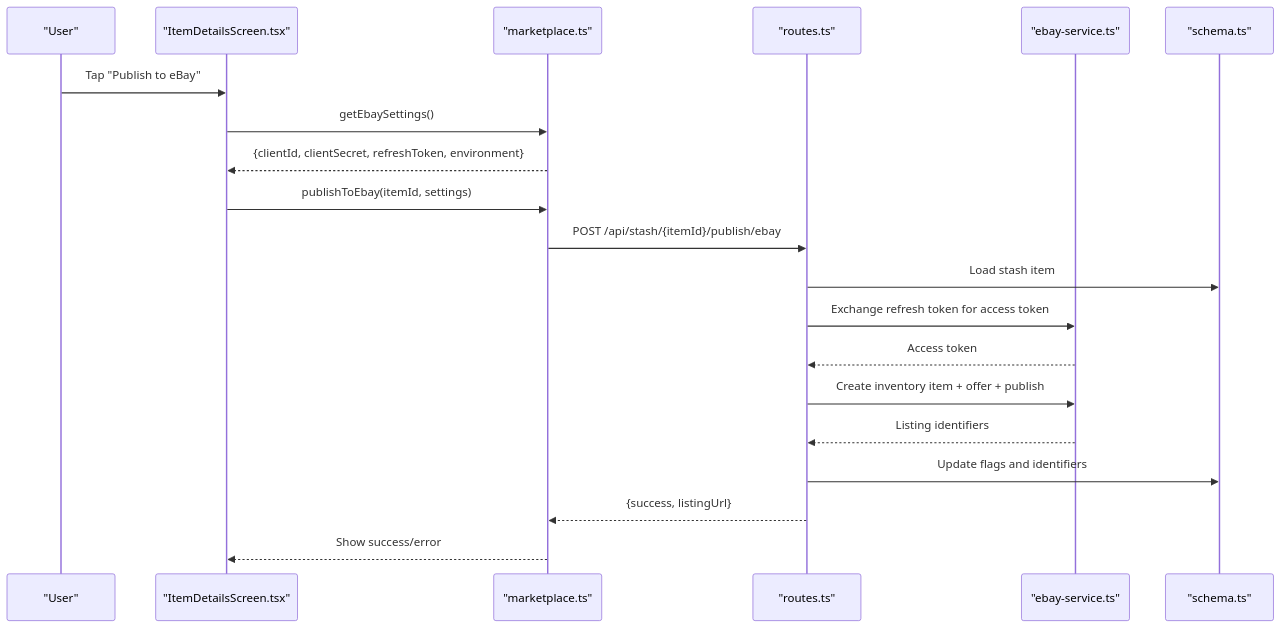
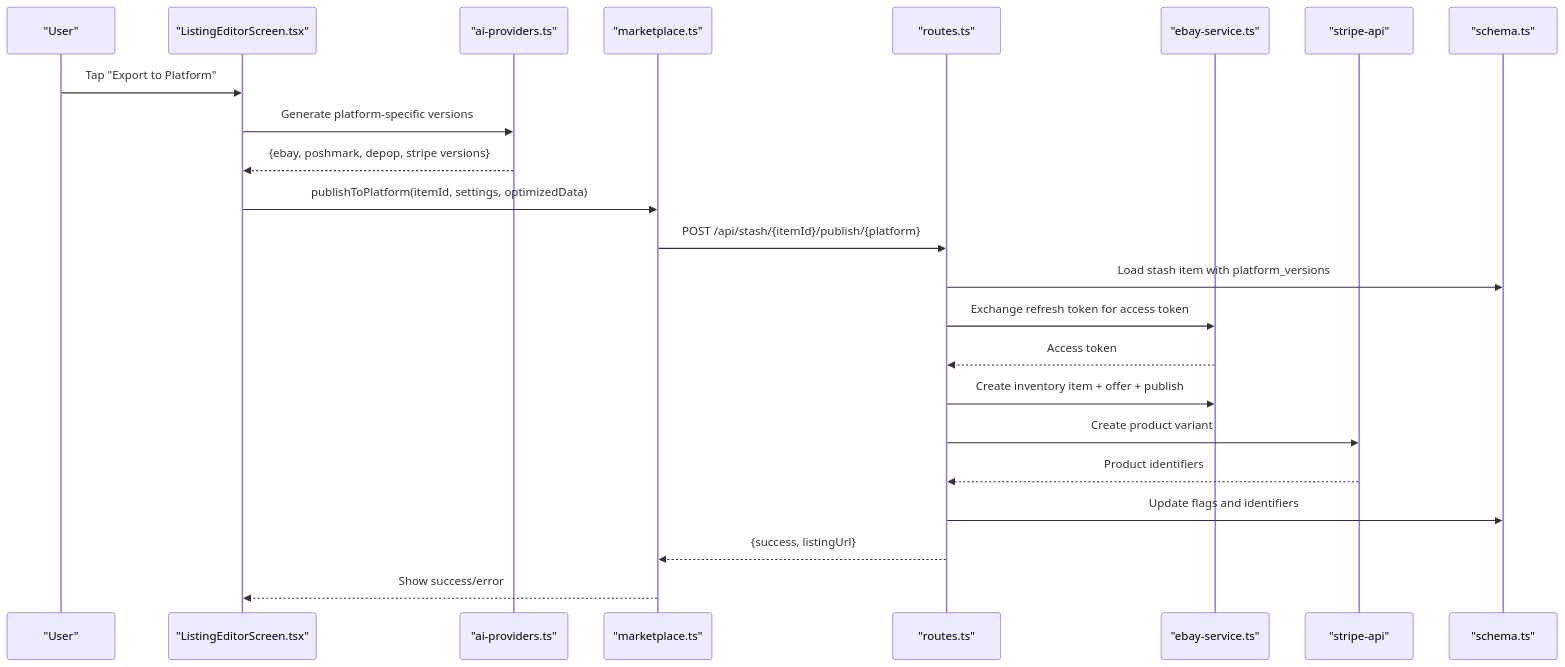
One commit to hunglevi87/Hidden-Gem changed the second of 11 diagrams in .qoder/repowiki/en/content/Marketplace Integration/Multi-Platform Publishing.md. Above: the diagram before and after it, drawn with Mermaid. The commit also changed other lines of this file and 14 other files, not shown here.

````diff
--- a/.qoder/repowiki/en/content/Marketplace Integration/Multi-Platform Publishing.md
+++ b/.qoder/repowiki/en/content/Marketplace Integration/Multi-Platform Publishing.md
@@ -105,22 +131,25 @@
 ```mermaid
 sequenceDiagram
 participant User as "User"
-participant UI as "ItemDetailsScreen.tsx"
+participant UI as "ListingEditorScreen.tsx"
+participant AI as "ai-providers.ts"
 participant Client as "marketplace.ts"
 participant API as "routes.ts"
 participant eBay as "ebay-service.ts"
+participant Stripe as "stripe-api"
 participant DB as "schema.ts"
-User->>UI : Tap "Publish to eBay"
-UI->>Client : getEbaySettings()
-Client-->>UI : {clientId, clientSecret, refreshToken, environment}
-UI->>Client : publishToEbay(itemId, settings)
-Client->>API : POST /api/stash/{itemId}/publish/ebay
-API->>DB : Load stash item
+User->>UI : Tap "Export to Platform"
+UI->>AI : Generate platform-specific versions
+AI-->>UI : {ebay, poshmark, depop, stripe versions}
+UI->>Client : publishToPlatform(itemId, settings, optimizedData)
+Client->>API : POST /api/stash/{itemId}/publish/{platform}
+API->>DB : Load stash item with platform_versions
 API->>eBay : Exchange refresh token for access token
 eBay-->>API : Access token
 API->>eBay : Create inventory item + offer + publish
-eBay-->>API : Listing identifiers
+API->>Stripe : Create product variant
+Stripe-->>API : Product identifiers
 API->>DB : Update flags and identifiers
 API-->>Client : {success, listingUrl}
 Client-->>UI : Show success/error
 ```
````
